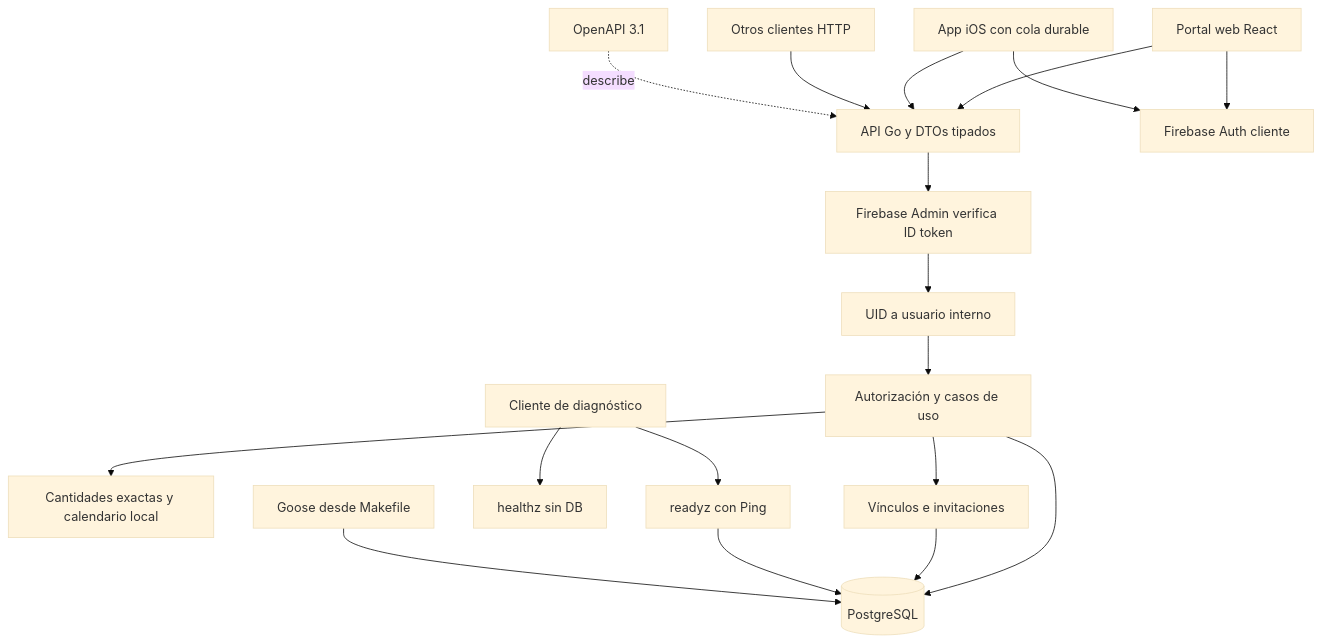
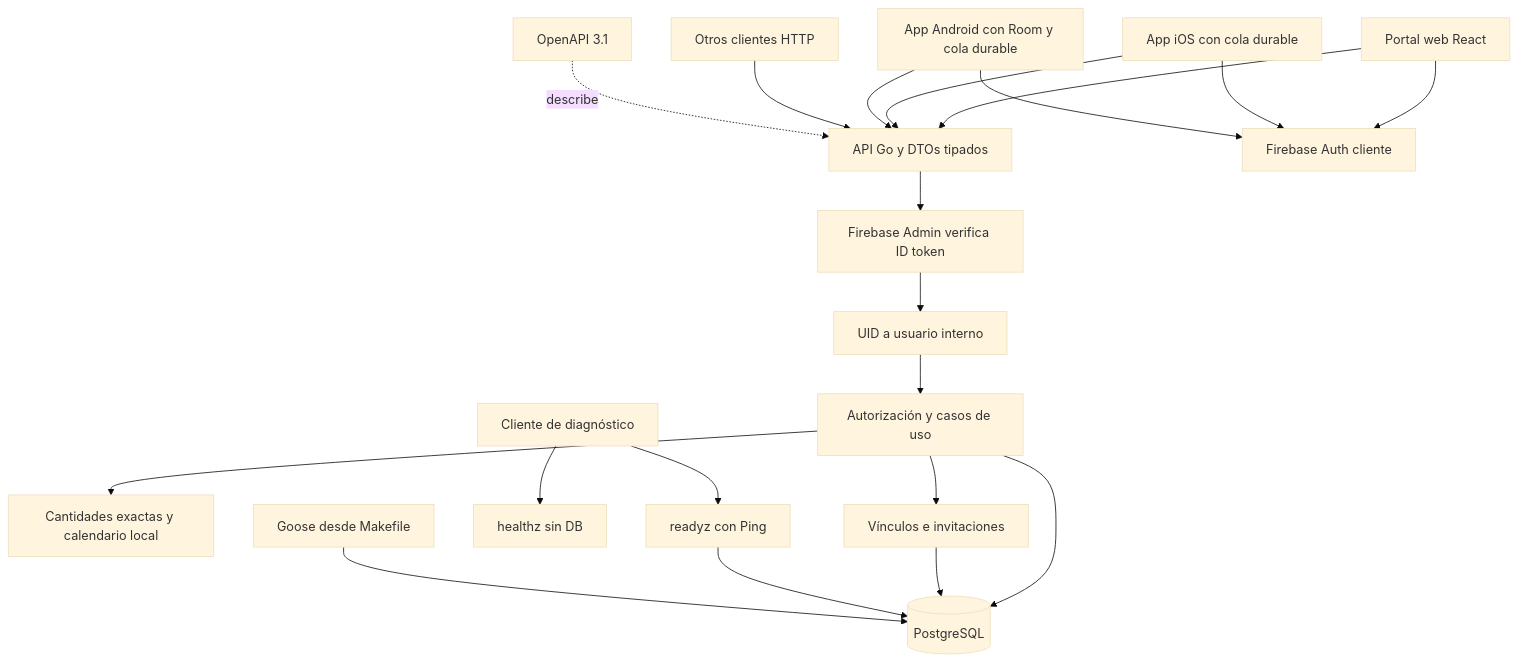
Before and after one commit to Nandem1/nndsk-medication-tracker: the diagram in docs/00-home.md, drawn with Mermaid (base theme). The commit also changed other lines of this file and 66 other files, not shown here.

Commit message:
feat(android): implement F5 patient app and document acceptance

````diff
--- a/docs/00-home.md
+++ b/docs/00-home.md
@@ -5,20 +5,22 @@
 ```mermaid
 flowchart TB
     Web[Portal web React] --> HTTP[API Go y DTOs tipados]
     Web --> Login[Firebase Auth cliente]
     IOS[App iOS con cola durable] --> HTTP
     IOS --> Login
+    Android[App Android con Room y cola durable] --> HTTP
+    Android --> Login
     Client[Otros clientes HTTP] --> HTTP
     HTTP --> Identity[Firebase Admin verifica ID token]
     Identity --> User[UID a usuario interno]
     User --> UseCases[Autorización y casos de uso]
     UseCases --> Domain[Cantidades exactas y calendario local]
     UseCases --> DB[(PostgreSQL)]
     UseCases --> Consent[Vínculos e invitaciones]
     Consent --> DB
     Probe[Cliente de diagnóstico] --> Health[healthz sin DB]
     Probe --> Ready[readyz con Ping]
     Ready --> DB
     Goose[Goose desde Makefile] --> DB
     Contract[OpenAPI 3.1] -. describe .-> HTTP
 ```
````
